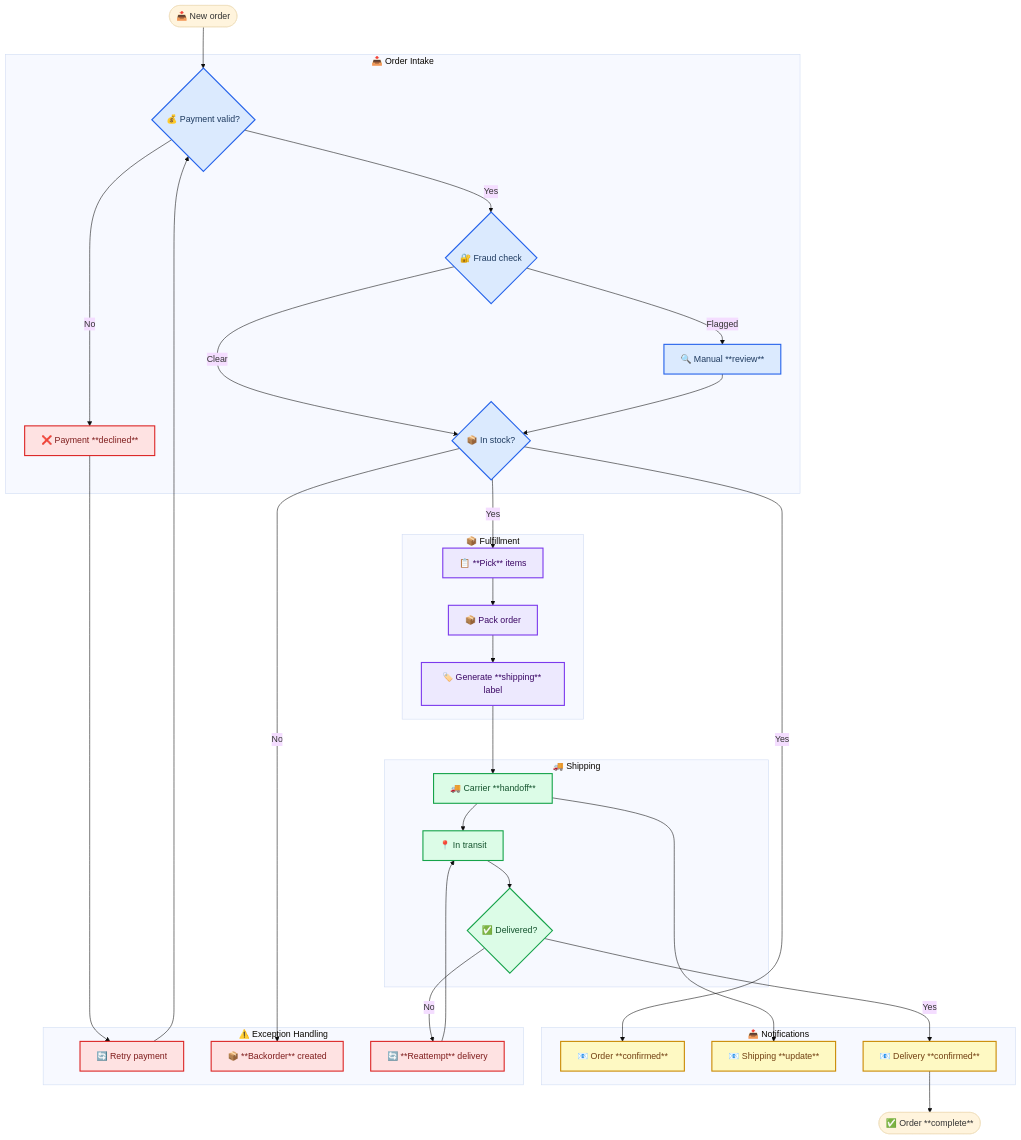
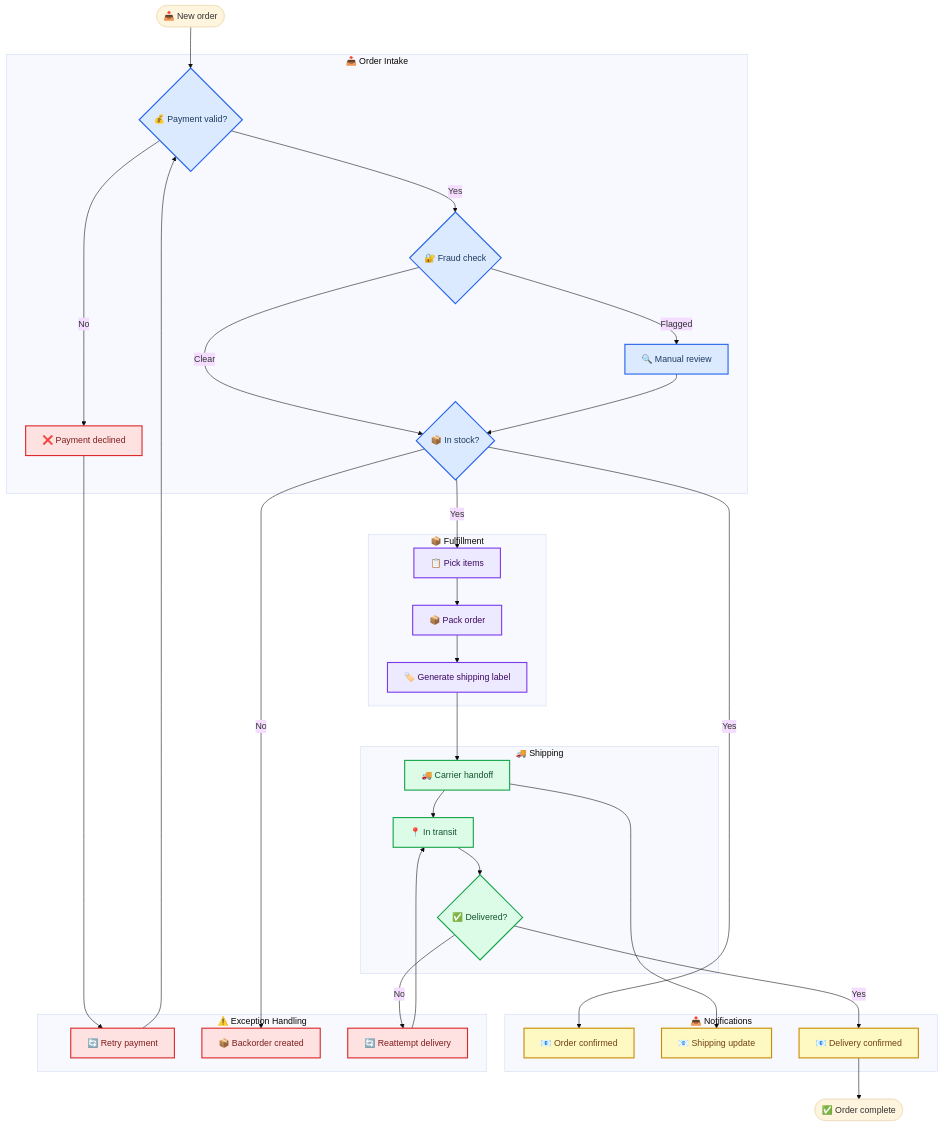
One commit to thereisnotime/skills-collection changed the fourth of 4 diagrams in skills/K-Dense-AI--claude-scientific-skills/skills/markdown-mermaid-writing/references/diagrams/flowchart.md. Above: the diagram before and after it, drawn with Mermaid (base theme). The commit also changed other lines of this file and 4040 other files, not shown here.

Commit message:
sync: update skills repos, readme and charts

````diff
--- a/skills/K-Dense-AI--claude-scientific-skills/skills/markdown-mermaid-writing/references/diagrams/flowchart.md
+++ b/skills/K-Dense-AI--claude-scientific-skills/skills/markdown-mermaid-writing/references/diagrams/flowchart.md
@@ -110,61 +110,61 @@
 ```mermaid
 flowchart TB
     accTitle: E-Commerce Order Processing Pipeline
     accDescr: Full order lifecycle from intake through fulfillment, shipping, and notification with exception handling paths for payment failures, stockouts, and delivery issues
 
     order_in([📥 New order]) --> validate_pay{💰 Payment valid?}
 
     subgraph intake ["📥 Order Intake"]
         validate_pay -->|Yes| check_fraud{🔐 Fraud check}
-        validate_pay -->|No| pay_fail[❌ Payment **declined**]
+        validate_pay -->|No| pay_fail[❌ Payment declined]
         check_fraud -->|Clear| check_stock{📦 In stock?}
-        check_fraud -->|Flagged| manual_review[🔍 Manual **review**]
+        check_fraud -->|Flagged| manual_review[🔍 Manual review]
         manual_review --> check_stock
     end
 
     subgraph fulfill ["📦 Fulfillment"]
-        pick[📋 **Pick** items] --> pack[📦 Pack order]
-        pack --> label[🏷️ Generate **shipping** label]
+        pick[📋 Pick items] --> pack[📦 Pack order]
+        pack --> label[🏷️ Generate shipping label]
     end
 
     subgraph ship ["🚚 Shipping"]
-        handoff[🚚 Carrier **handoff**] --> transit[📍 In transit]
+        handoff[🚚 Carrier handoff] --> transit[📍 In transit]
         transit --> deliver{✅ Delivered?}
     end
 
     subgraph notify ["📤 Notifications"]
-        confirm_email[📧 Order **confirmed**]
-        ship_update[📧 Shipping **update**]
-        deliver_email[📧 Delivery **confirmed**]
+        confirm_email[📧 Order confirmed]
+        ship_update[📧 Shipping update]
+        deliver_email[📧 Delivery confirmed]
     end
 
     subgraph exception ["⚠️ Exception Handling"]
         pay_fail --> retry_pay[🔄 Retry payment]
         retry_pay --> validate_pay
-        out_of_stock[📦 **Backorder** created]
-        deliver_fail[🔄 **Reattempt** delivery]
+        out_of_stock[📦 Backorder created]
+        deliver_fail[🔄 Reattempt delivery]
     end
 
     check_stock -->|Yes| pick
     check_stock -->|No| out_of_stock
     label --> handoff
     deliver -->|Yes| deliver_email
     deliver -->|No| deliver_fail
     deliver_fail --> transit
 
     check_stock -->|Yes| confirm_email
     handoff --> ship_update
-    deliver_email --> complete([✅ Order **complete**])
+    deliver_email --> complete([✅ Order complete])
 
     classDef intake_style fill:#dbeafe,stroke:#2563eb,stroke-width:2px,color:#1e3a5f
     classDef fulfill_style fill:#ede9fe,stroke:#7c3aed,stroke-width:2px,color:#3b0764
     classDef ship_style fill:#dcfce7,stroke:#16a34a,stroke-width:2px,color:#14532d
     classDef warn_style fill:#fef9c3,stroke:#ca8a04,stroke-width:2px,color:#713f12
     classDef danger_style fill:#fee2e2,stroke:#dc2626,stroke-width:2px,color:#7f1d1d
 
     class validate_pay,check_fraud,check_stock,manual_review intake_style
     class pick,pack,label fulfill_style
     class handoff,transit,deliver ship_style
     class confirm_email,ship_update,deliver_email warn_style
     class pay_fail,retry_pay,out_of_stock,deliver_fail danger_style
 ```
````
